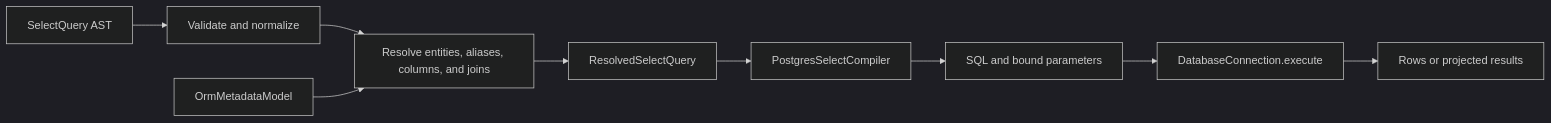
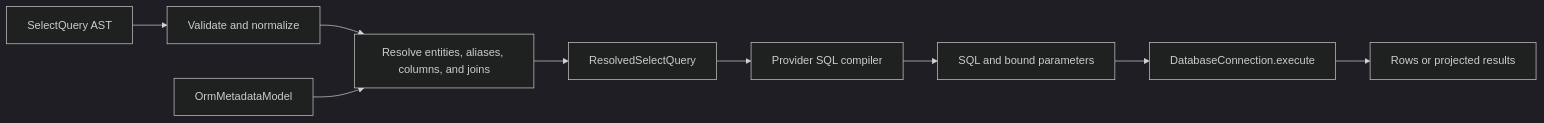
One commit to WuichoCruzp17/tyorm changed the diagram in README.md. Above: the diagram before and after it, drawn with Mermaid (dark theme). The commit also changed other lines of this file and 3 other files, not shown here.

````diff
--- a/README.md
+++ b/README.md
@@ -20,11 +32,11 @@
 ```mermaid
 flowchart LR
     A["SelectQuery AST"] --> B["Validate and normalize"]
     B --> C["Resolve entities, aliases, columns, and joins"]
     M["OrmMetadataModel"] --> C
     C --> D["ResolvedSelectQuery"]
-    D --> E["PostgresSelectCompiler"]
+    D --> E["Provider SQL compiler"]
     E --> F["SQL and bound parameters"]
     F --> G["DatabaseConnection.execute"]
     G --> H["Rows or projected results"]
 ```
````
